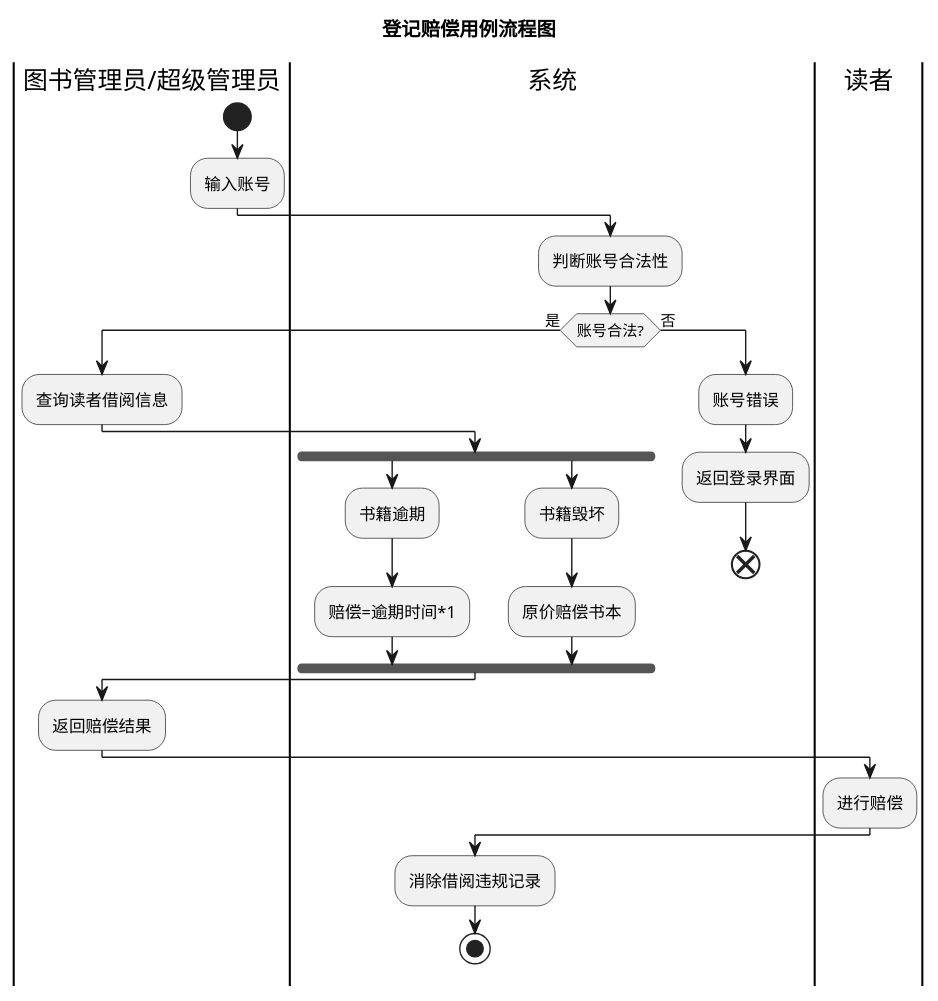
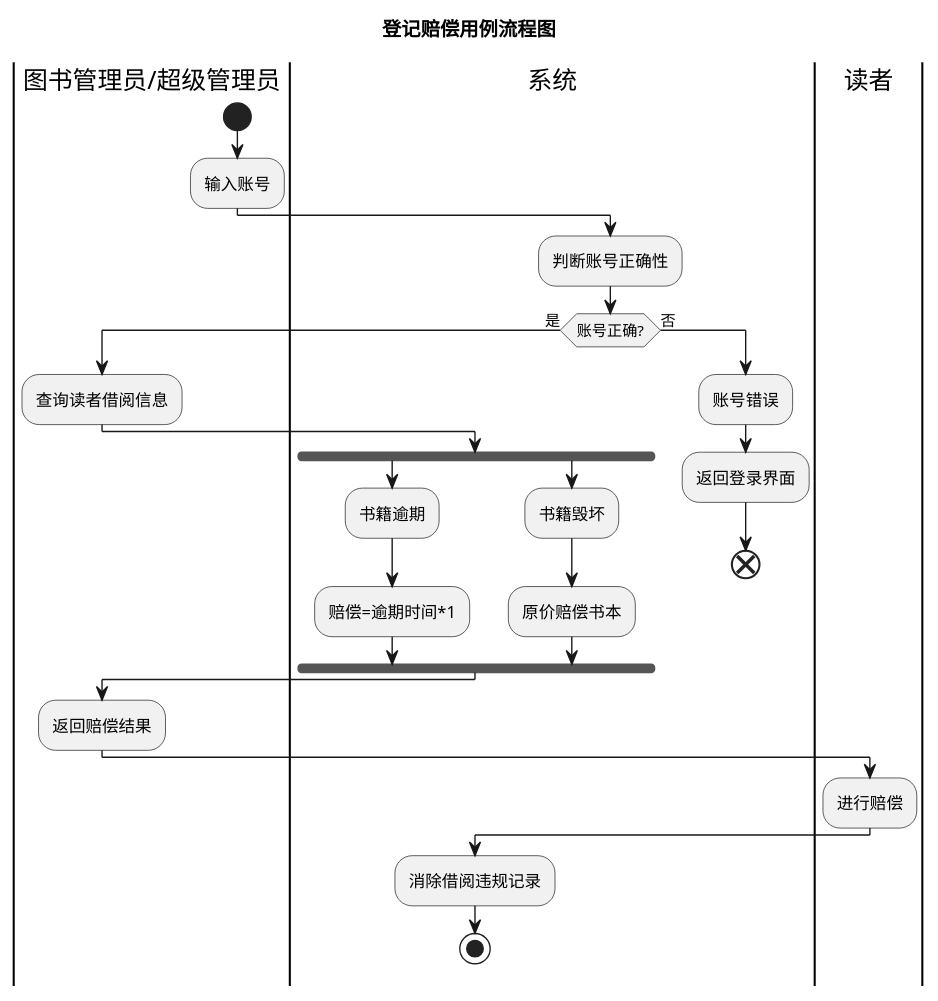
Before and after one commit to Landy7/is_analysis: the diagram in test2/usecase9.md, drawn with PlantUML. The commit also changed 30 other files, not shown here.

```diff
--- a/test2/usecase9.md
+++ b/test2/usecase9.md
@@ -1,31 +1,31 @@
 @startuml
 title:登记赔偿用例流程图
 |图书管理员/超级管理员|
 start
 :输入账号;
 |系统|
-:判断账号合法性;
-if(账号合法?) then (是)
+:判断账号正确性;
+if(账号正确?) then (是)
 |图书管理员/超级管理员|
 :查询读者借阅信息;
    |系统|
    fork
    :书籍逾期;
    :赔偿=逾期时间*1;
    fork again
    :书籍毁坏;
    :原价赔偿书本;
    fork end
    |图书管理员/超级管理员|
    :返回赔偿结果;
    |读者|
    :进行赔偿;
    |系统|
    :消除借阅违规记录;
    stop
 else(否)
 |系统|
 :账号错误;
 :返回登录界面;
 end
 @enduml
```
